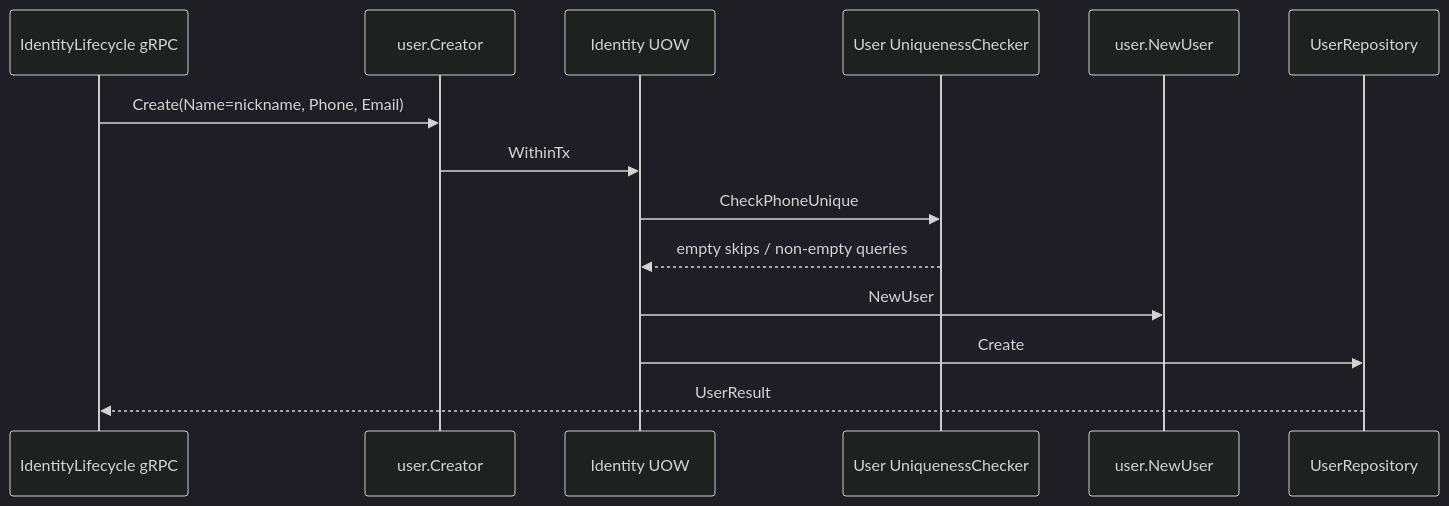
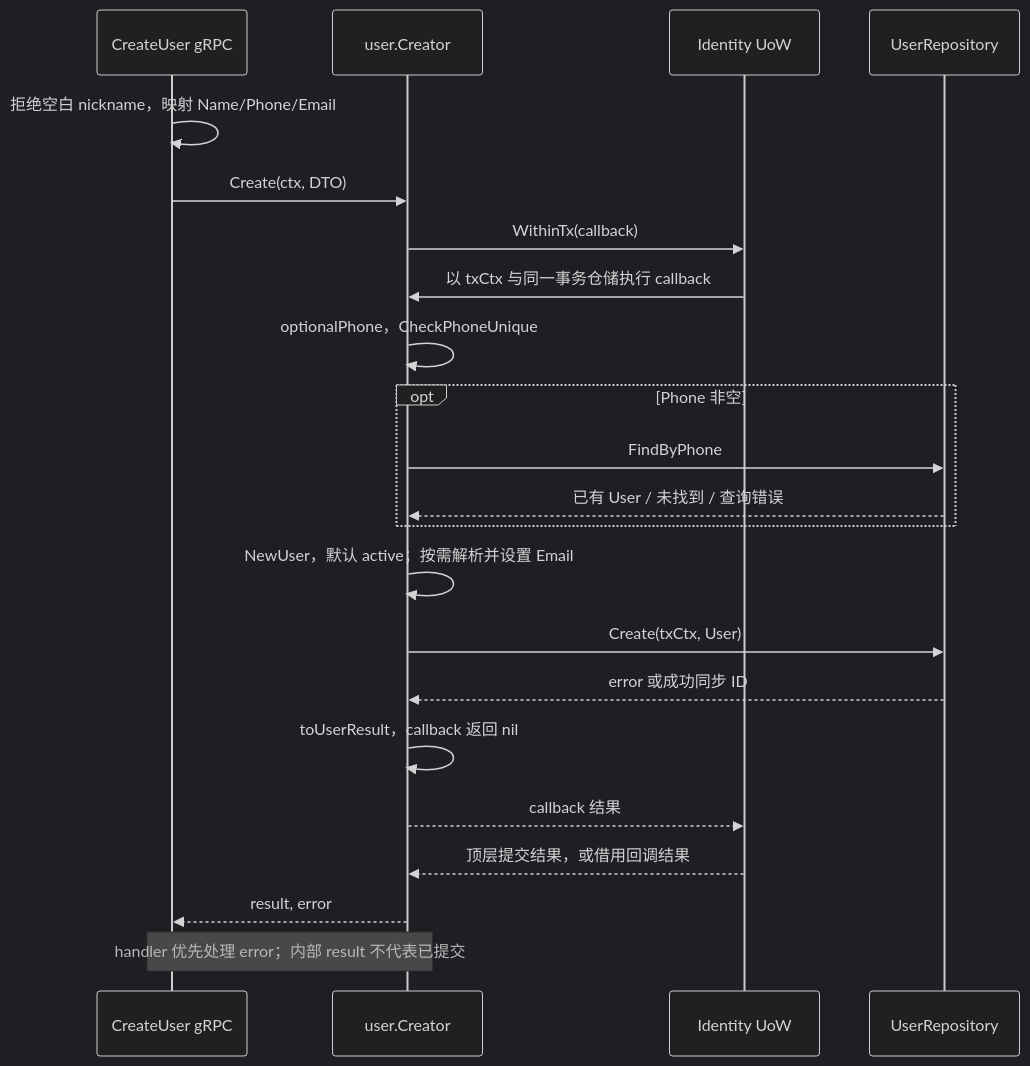
The first of 2 diagrams in docs/02-业务模块/01-Identity/02-关键链路-创建User与Profile.md (FangcunMount/iam), drawn with Mermaid (dark theme) before and after one commit. The commit also changed other lines of this file and 36 other files, not shown here.

````diff
--- a/docs/02-业务模块/01-Identity/02-关键链路-创建User与Profile.md
+++ b/docs/02-业务模块/01-Identity/02-关键链路-创建User与Profile.md
@@ -249,17 +58,25 @@
 ```mermaid
 sequenceDiagram
-    participant G as IdentityLifecycle gRPC
+    participant G as CreateUser gRPC
     participant A as user.Creator
-    participant U as Identity UOW
-    participant C as User UniquenessChecker
-    participant D as user.NewUser
+    participant U as Identity UoW
     participant R as UserRepository
 
-    G->>A: Create(Name=nickname, Phone, Email)
-    A->>U: WithinTx
-    U->>C: CheckPhoneUnique
-    C-->>U: empty skips / non-empty queries
-    U->>D: NewUser
-    U->>R: Create
-    R-->>G: UserResult
+    G->>G: 拒绝空白 nickname，映射 Name/Phone/Email
+    G->>A: Create(ctx, DTO)
+    A->>U: WithinTx(callback)
+    U->>A: 以 txCtx 与同一事务仓储执行 callback
+    A->>A: optionalPhone，CheckPhoneUnique
+    opt Phone 非空
+        A->>R: FindByPhone
+        R-->>A: 已有 User / 未找到 / 查询错误
+    end
+    A->>A: NewUser，默认 active；按需解析并设置 Email
+    A->>R: Create(txCtx, User)
+    R-->>A: error 或成功同步 ID
+    A->>A: toUserResult，callback 返回 nil
+    A-->>U: callback 结果
+    U-->>A: 顶层提交结果，或借用回调结果
+    A-->>G: result, error
+    Note over G,A: handler 优先处理 error；内部 result 不代表已提交
 ```
````
